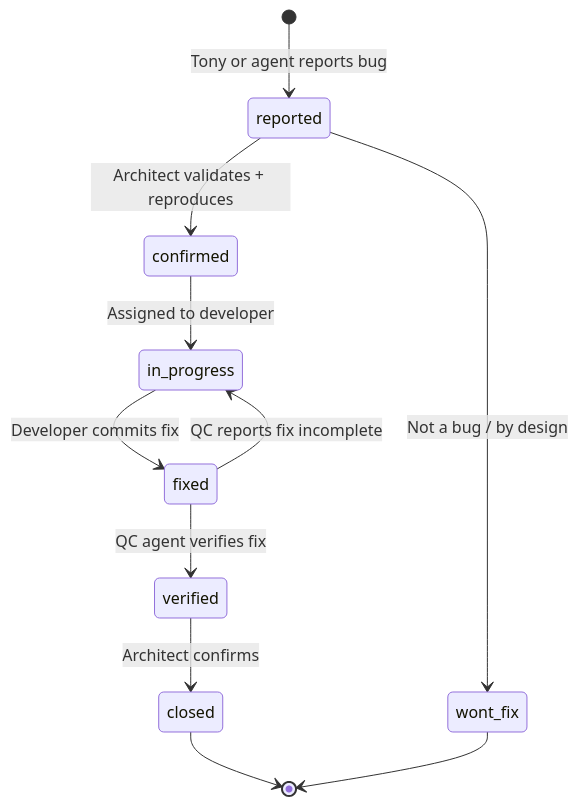
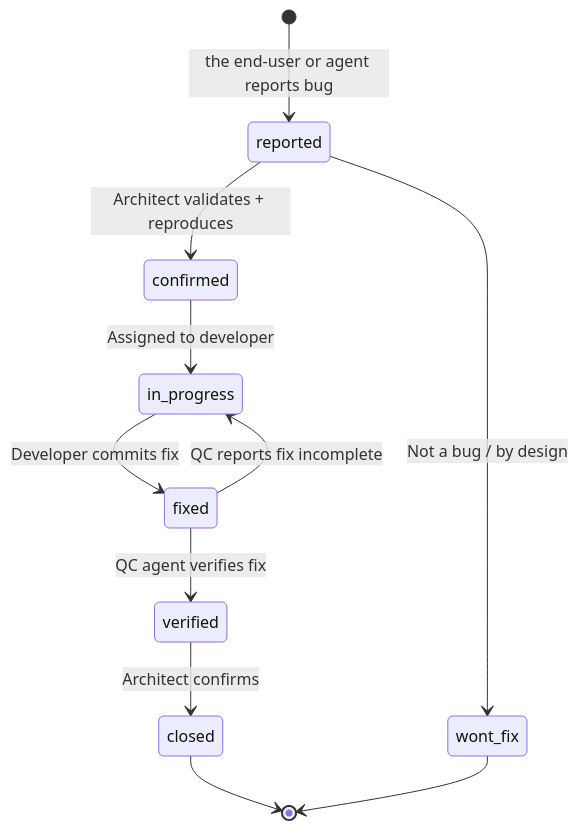
Before and after one commit to tonylnng/gateforge-openclaw-configs: diagram 14 of 15 in vm-1-architect/BLUEPRINT-GUIDE.md, drawn with Mermaid. The commit also changed other lines of this file and 16 other files, not shown here.

First line of the commit message:
docs: replace Tony/Tony NG with end-user in all content

````diff
--- a/vm-1-architect/BLUEPRINT-GUIDE.md
+++ b/vm-1-architect/BLUEPRINT-GUIDE.md
@@ -3038,13 +3038,13 @@
 ```mermaid
 stateDiagram-v2
-    [*] --> reported : Tony or agent reports bug
+    [*] --> reported : the end-user or agent reports bug
     reported --> confirmed : Architect validates + reproduces
     reported --> wont_fix : Not a bug / by design
     confirmed --> in_progress : Assigned to developer
     in_progress --> fixed : Developer commits fix
     fixed --> verified : QC agent verifies fix
     verified --> closed : Architect confirms
     fixed --> in_progress : QC reports fix incomplete
     closed --> [*]
     wont_fix --> [*]
 ```
````
